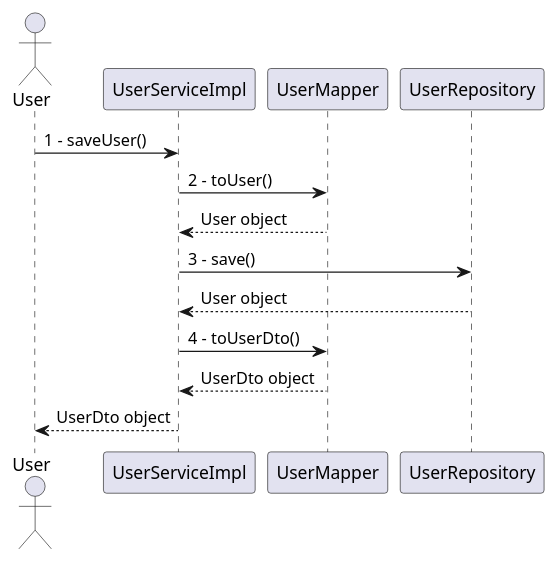
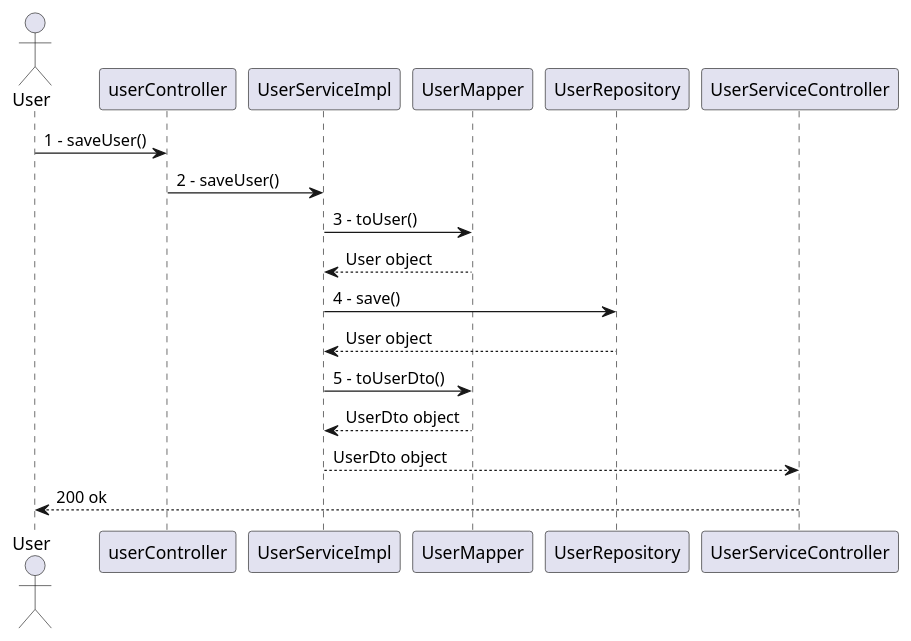
Before and after one commit to polito-se2-2020-team6/ezgas: the fifth of 15 diagrams in docs/DesignDocument.md, drawn with PlantUML. The commit also changed other lines of this file, not shown here.

Commit message:
docs: add controller layer in user sequence diagrams

````diff
--- a/docs/DesignDocument.md
+++ b/docs/DesignDocument.md
@@ -473,13 +473,15 @@
 ```plantuml
 @startuml
 Actor User as u
-u -> UserServiceImpl :1 - saveUser()
-UserServiceImpl -> UserMapper :2 - toUser()
+u -> userController : 1 - saveUser()
+userController ->UserServiceImpl :2 - saveUser()
+UserServiceImpl -> UserMapper :3 - toUser()
 UserMapper --> UserServiceImpl :User object
-UserServiceImpl -> UserRepository :3 - save()
+UserServiceImpl -> UserRepository :4 - save()
 UserRepository --> UserServiceImpl :User object
-UserServiceImpl -> UserMapper :4 - toUserDto()
+UserServiceImpl -> UserMapper :5 - toUserDto()
 UserMapper --> UserServiceImpl :UserDto object
-UserServiceImpl --> u :UserDto object
+UserServiceImpl --> UserServiceController :UserDto object
+UserServiceController --> u: 200 ok
 @enduml
 ```
````
